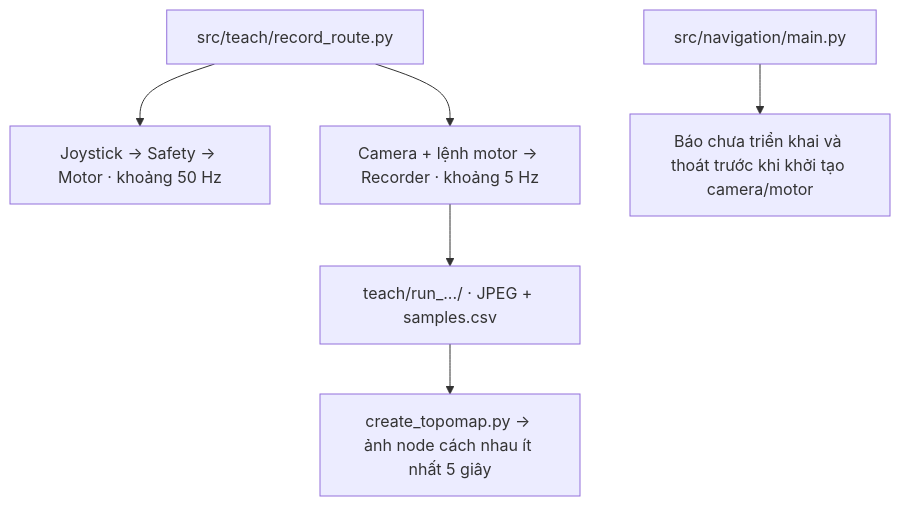
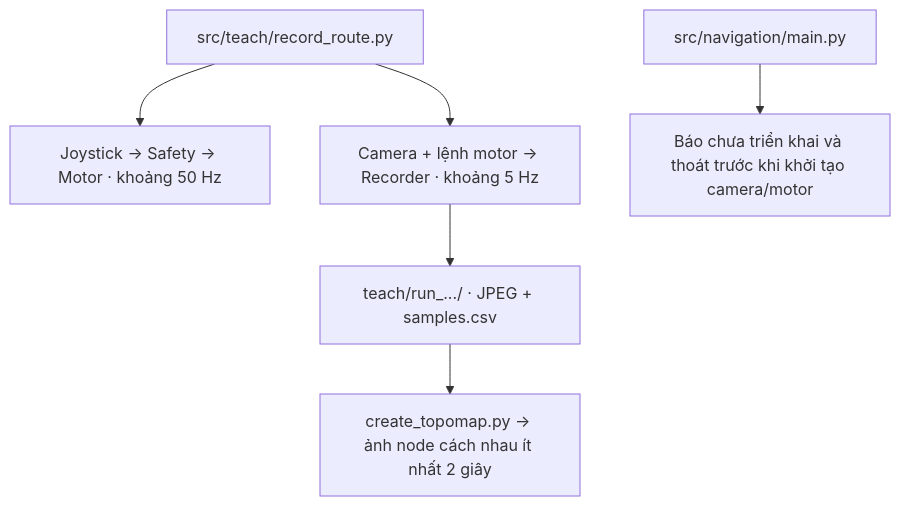
One commit to ToiLaKiet/the-patrol-jetbot changed the diagram in README.md. Above: the diagram before and after it, drawn with Mermaid. The commit also changed other lines of this file and 4 other files, not shown here.

````diff
--- a/README.md
+++ b/README.md
@@ -11,10 +11,10 @@
 ```mermaid
 flowchart TD
     Teach["src/teach/record_route.py"]
     Navigation["src/navigation/main.py"]
     Teach --> Joystick["Joystick → Safety → Motor · khoảng 50 Hz"]
     Teach --> Recorder["Camera + lệnh motor → Recorder · khoảng 5 Hz"]
     Recorder --> Data["teach/run_.../ · JPEG + samples.csv"]
-    Data --> Topomap["create_topomap.py → ảnh node cách nhau ít nhất 5 giây"]
+    Data --> Topomap["create_topomap.py → ảnh node cách nhau ít nhất 2 giây"]
     Navigation --> Pending["Báo chưa triển khai và thoát trước khi khởi tạo camera/motor"]
 ```
````
